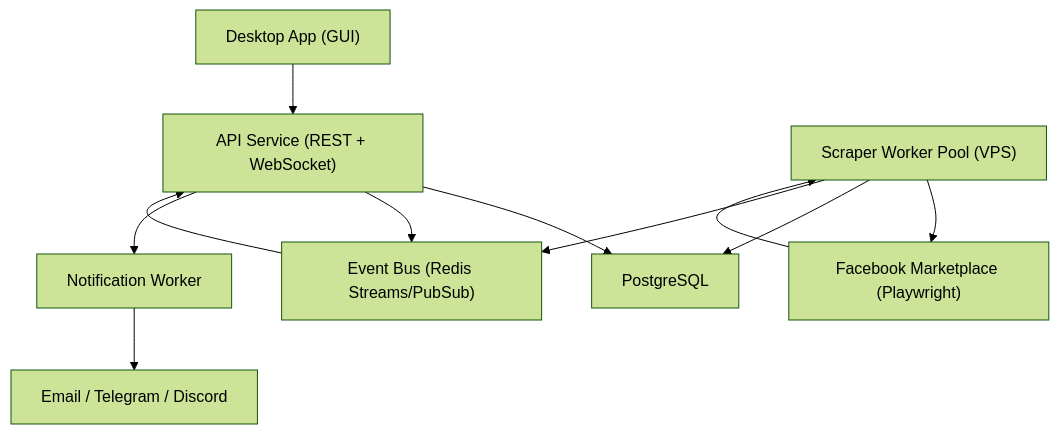
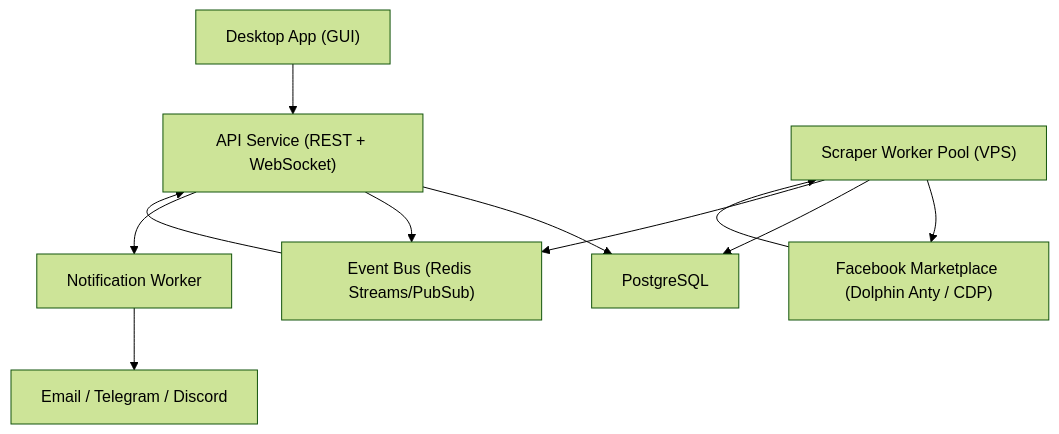
One commit to ishanvishwa/iphone_flipper changed the second of 2 diagrams in iphone_flipper/architecture.md. Above: the diagram before and after it, drawn with Mermaid (forest theme). The commit also changed other lines of this file and 12 other files, not shown here.

````diff
--- a/iphone_flipper/architecture.md
+++ b/iphone_flipper/architecture.md
@@ -62,13 +69,13 @@
 ```mermaid
 flowchart TD
     A["Desktop App (GUI)"] --> B["API Service (REST + WebSocket)"]
     B --> C["PostgreSQL"]
     B --> D["Event Bus (Redis Streams/PubSub)"]
-    E["Scraper Worker Pool (VPS)"] --> F["Facebook Marketplace (Playwright)"]
+    E["Scraper Worker Pool (VPS)"] --> F["Facebook Marketplace (Dolphin Anty / CDP)"]
     F --> E
     E --> C
     E --> D
     D --> B
     B --> G["Notification Worker"]
     G --> H["Email / Telegram / Discord"]
 ```
````
